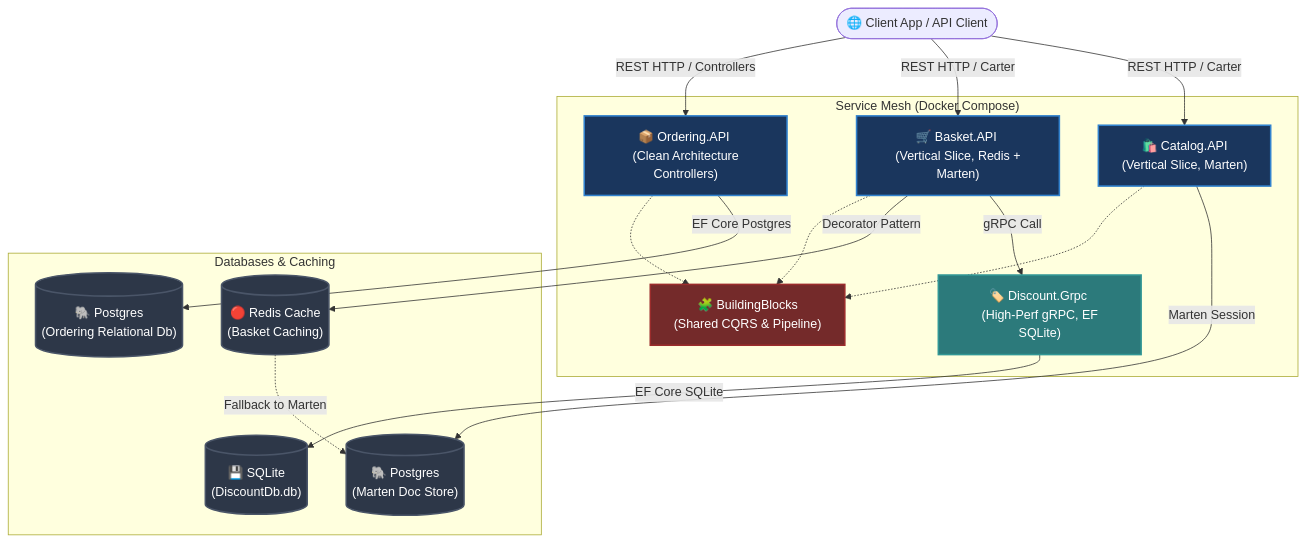
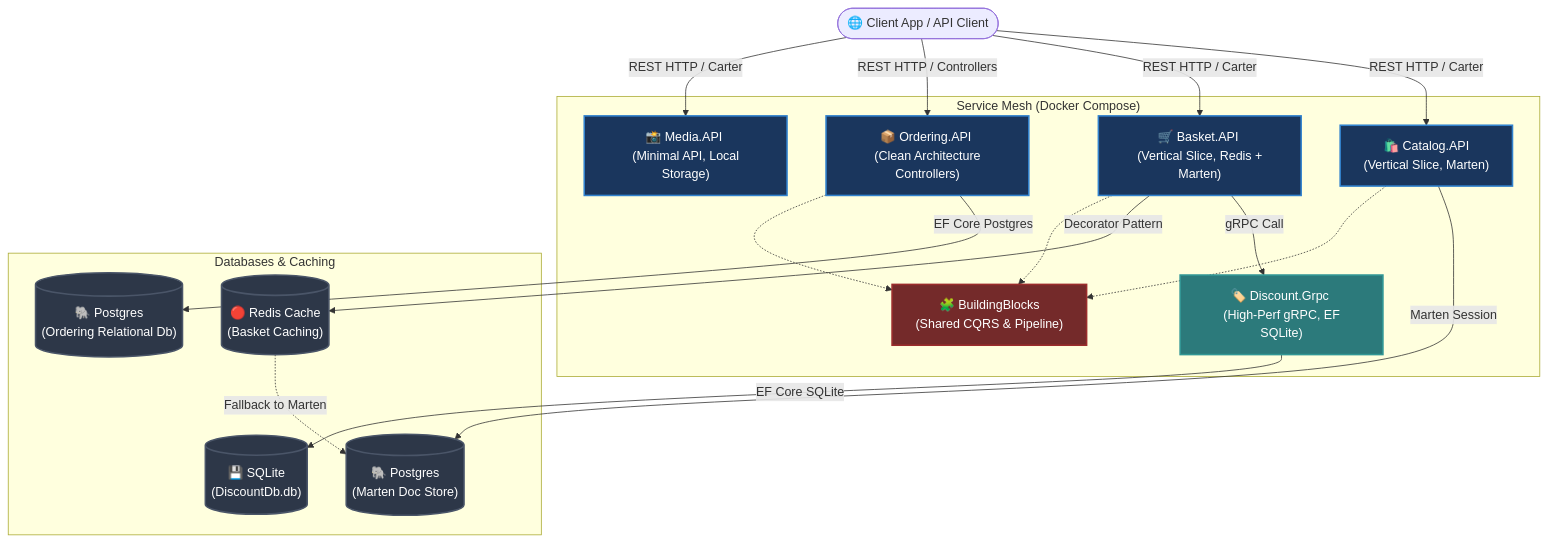
The first of 3 diagrams in README.md (AhmedAbdo1612/ECommerce-DDD-Microservices), drawn with Mermaid before and after one commit. The commit also changed other lines of this file and 10 other files, not shown here.

````diff
--- a/README.md
+++ b/README.md
@@ -13,53 +13,55 @@
 ```mermaid
 graph TB
     %% Clients
     Client([🌐 Client App / API Client])
 
     subgraph "Service Mesh (Docker Compose)"
         %% API Endpoints
         CatalogAPI["🛍️ Catalog.API <br> (Vertical Slice, Marten)"]
         BasketAPI["🛒 Basket.API <br> (Vertical Slice, Redis + Marten)"]
         OrderingAPI["📦 Ordering.API <br> (Clean Architecture Controllers)"]
         DiscountGrpc["🏷️ Discount.Grpc <br> (High-Perf gRPC, EF SQLite)"]
+        MediaAPI["📸 Media.API <br> (Minimal API, Local Storage)"]
         
         %% Shared Abstraction
         BuildingBlocks["🧩 BuildingBlocks <br> (Shared CQRS & Pipeline)"]
     end
 
     %% Databases & Cache
     subgraph "Databases & Caching"
         MartenPostgres[("🐘 Postgres <br> (Marten Doc Store)")]
         RedisCache[("🔴 Redis Cache <br> (Basket Caching)")]
         SQLiteDb[("💾 SQLite <br> (DiscountDb.db)")]
         EFPostgres[("🐘 Postgres <br> (Ordering Relational Db)")]
     end
 
     %% Flow Relations
     Client -->|REST HTTP / Carter| CatalogAPI
     Client -->|REST HTTP / Carter| BasketAPI
     Client -->|REST HTTP / Controllers| OrderingAPI
+    Client -->|REST HTTP / Carter| MediaAPI
     
     BasketAPI -->|gRPC Call| DiscountGrpc
     DiscountGrpc -->|EF Core SQLite| SQLiteDb
     
     CatalogAPI -->|Marten Session| MartenPostgres
     BasketAPI -->|Decorator Pattern| RedisCache
     RedisCache -.->|Fallback to Marten| MartenPostgres
     OrderingAPI -->|EF Core Postgres| EFPostgres
     
     %% Dependency Injection of Shared Core
     CatalogAPI -.-> BuildingBlocks
     BasketAPI -.-> BuildingBlocks
     OrderingAPI -.-> BuildingBlocks
 
     %% Styling
     classDef api fill:#1A365D,stroke:#3182CE,stroke-width:2px,color:#fff;
     classDef db fill:#2D3748,stroke:#4A5568,stroke-width:2px,color:#fff;
     classDef grpc fill:#2C7A7B,stroke:#319795,stroke-width:2px,color:#fff;
     classDef shared fill:#742A2A,stroke:#9B2C2C,stroke-width:2px,color:#fff;
     
-    class CatalogAPI,BasketAPI,OrderingAPI api;
+    class CatalogAPI,BasketAPI,OrderingAPI,MediaAPI api;
     class MartenPostgres,RedisCache,SQLiteDb,EFPostgres db;
     class DiscountGrpc grpc;
     class BuildingBlocks shared;
 ```
````
